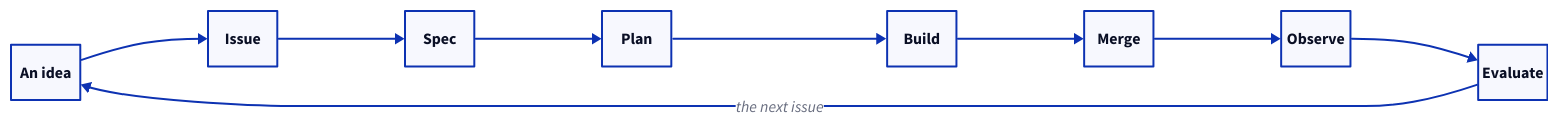
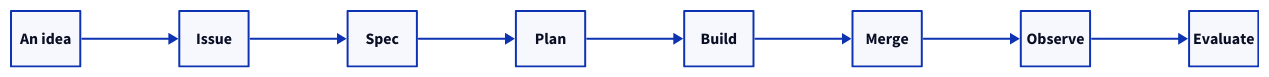
The diagram in docs/engineering/README.md (mesagroup/ai-agent-development-handbook), drawn with D2 before and after one commit.

Commit message:
docs(lidia-tech/lidia-agents#537): put the story arc's eight steps on one line
ELK reserves a routing lane for an edge that spans the whole chain, and the two
nodes it attaches to are placed against that lane rather than against the row,
so the first and last boxes sat 39px below the other six. Nothing available
fixes that while keeping the edge: none of d2's five ELK knobs governs node
placement, dagre splits the row too and renders 1398px wide, taller endpoint
boxes only halve the offset while breaking the equal-box rule, and both ways of
keeping a visible cycle overflow the prose measure (a trailing ghost stage at
809px, a container self-loop at 774x250).

Dropping the return edge is what buys the row, so the caption states the cycle
instead. It is not the page's only statement of it: the paragraph directly
above says the loop closes, and then that the story ending where it began is
not a defect. The figure is also 47px shorter for it.

Refs lidia-tech/lidia-agents#537

````diff
--- a/docs/engineering/README.md
+++ b/docs/engineering/README.md
@@ -23,16 +23,15 @@
-```d2 title="The story of a change; the marked steps are its human gates"
+```d2 title="One turn of the loop, whose last step raises the next issue; the marked steps are its human gates"
 direction: right
 *.class: step
 **.width: 70
 **.height: 56
 idea: An idea
 issue: Issue
 spec: Spec {class: human}
 plan: Plan
 build: Build
 merge: Merge {class: human}
 run: Observe
 decide: Evaluate
 idea -> issue -> spec -> plan -> build -> merge -> run -> decide
-decide -> idea: the next issue
 ```
````
